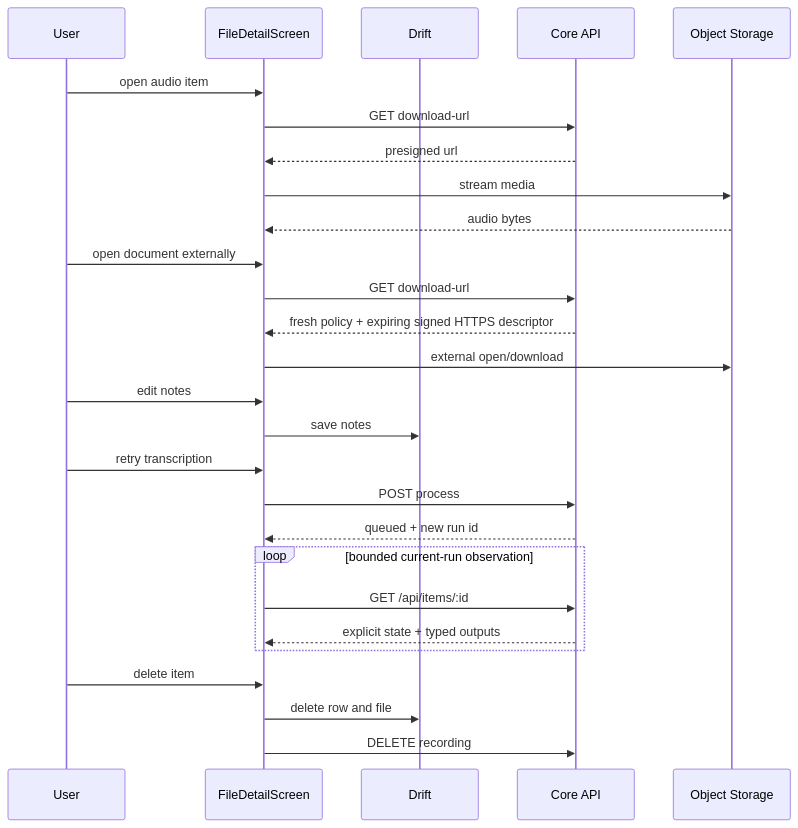
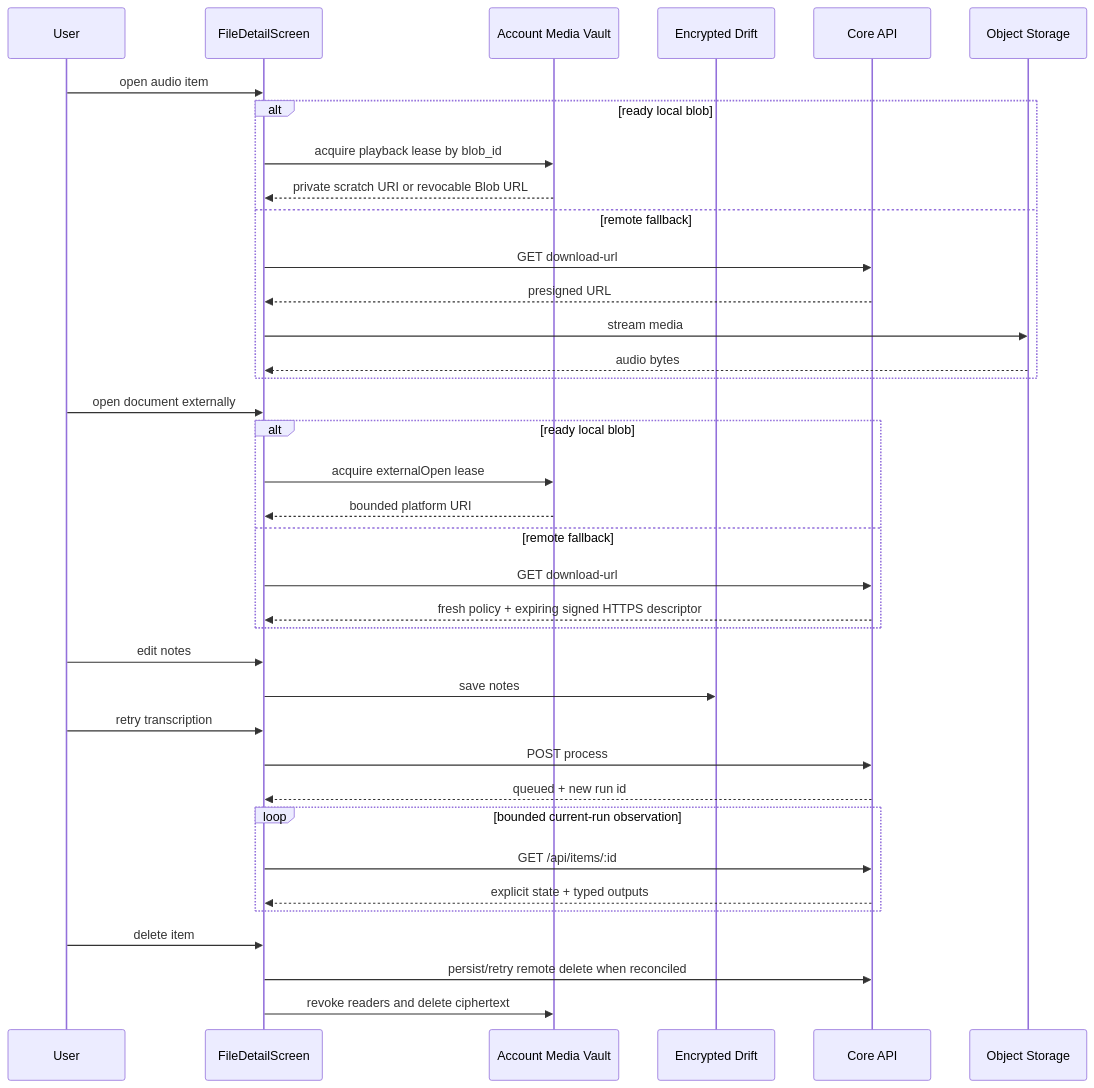
The diagram in .docs/use-cases/uc-10-read-item.md (matome-org/matome-app), drawn with Mermaid before and after one commit. The commit also changed other lines of this file and 17 other files, not shown here.

````diff
--- a/.docs/use-cases/uc-10-read-item.md
+++ b/.docs/use-cases/uc-10-read-item.md
@@ -39,29 +82,39 @@
 ```mermaid
 sequenceDiagram
   participant User
   participant Screen as FileDetailScreen
-  participant Drift
+  participant Vault as Account Media Vault
+  participant Drift as Encrypted Drift
   participant Core as Core API
   participant Storage as Object Storage
   User->>Screen: open audio item
-  Screen->>Core: GET download-url
-  Core-->>Screen: presigned url
-  Screen->>Storage: stream media
-  Storage-->>Screen: audio bytes
+  alt ready local blob
+    Screen->>Vault: acquire playback lease by blob_id
+    Vault-->>Screen: private scratch URI or revocable Blob URL
+  else remote fallback
+    Screen->>Core: GET download-url
+    Core-->>Screen: presigned URL
+    Screen->>Storage: stream media
+    Storage-->>Screen: audio bytes
+  end
   User->>Screen: open document externally
-  Screen->>Core: GET download-url
-  Core-->>Screen: fresh policy + expiring signed HTTPS descriptor
-  Screen->>Storage: external open/download
+  alt ready local blob
+    Screen->>Vault: acquire externalOpen lease
+    Vault-->>Screen: bounded platform URI
+  else remote fallback
+    Screen->>Core: GET download-url
+    Core-->>Screen: fresh policy + expiring signed HTTPS descriptor
+  end
   User->>Screen: edit notes
   Screen->>Drift: save notes
   User->>Screen: retry transcription
   Screen->>Core: POST process
   Core-->>Screen: queued + new run id
   loop bounded current-run observation
     Screen->>Core: GET /api/items/:id
     Core-->>Screen: explicit state + typed outputs
   end
   User->>Screen: delete item
-  Screen->>Drift: delete row and file
-  Screen->>Core: DELETE recording
+  Screen->>Core: persist/retry remote delete when reconciled
+  Screen->>Vault: revoke readers and delete ciphertext
 ```
````
